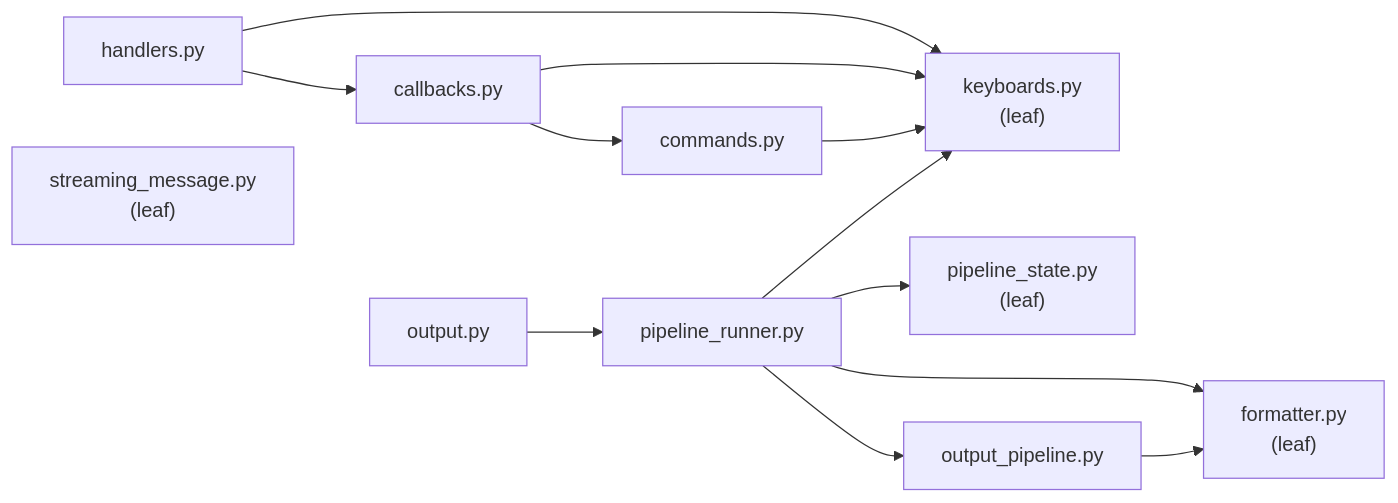
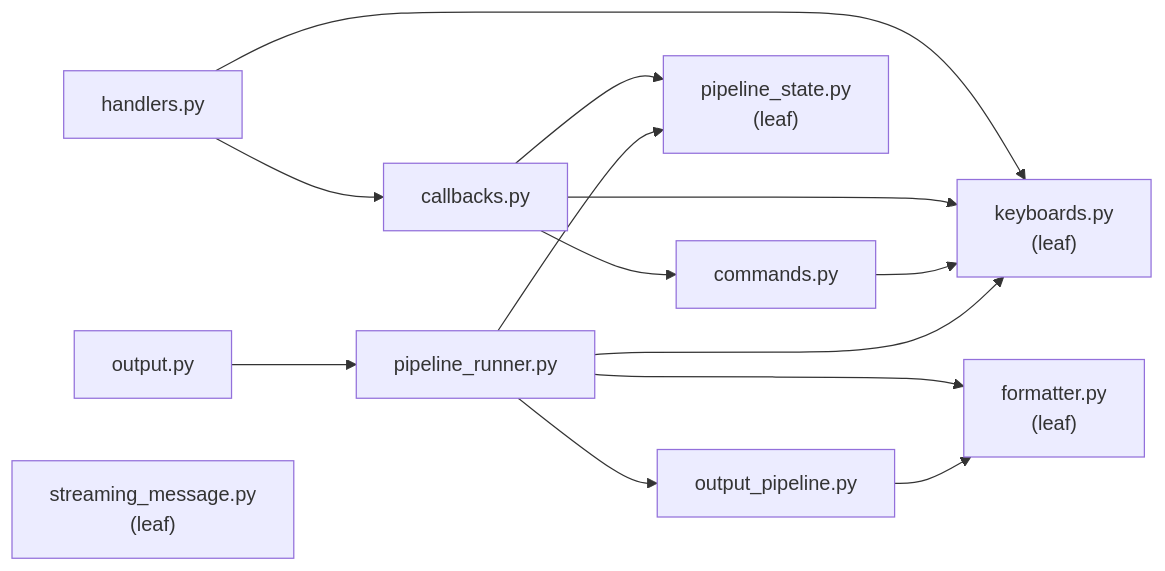
Before and after one commit to LounisBou/claude-code-telegram-instances-manager: the diagram in src/telegram/README.md, drawn with Mermaid. The commit also changed 11 other files, not shown here.

````diff
--- a/src/telegram/README.md
+++ b/src/telegram/README.md
@@ -22,18 +22,19 @@
 ```mermaid
 graph LR
     keyboards["keyboards.py<br/>(leaf)"]
     formatter["formatter.py<br/>(leaf)"]
     handlers["handlers.py"] --> keyboards
     handlers --> callbacks
     callbacks["callbacks.py"] --> keyboards
     callbacks --> commands
+    callbacks --> pipeline_state
     commands["commands.py"] --> keyboards
     output["output.py"] --> pipeline_runner
     pipeline_runner["pipeline_runner.py"] --> pipeline_state
     pipeline_runner --> output_pipeline
     pipeline_runner --> formatter
     pipeline_runner --> keyboards
     pipeline_state["pipeline_state.py<br/>(leaf)"]
     output_pipeline["output_pipeline.py"] --> formatter
     streaming_message["streaming_message.py<br/>(leaf)"]
 ```
````
